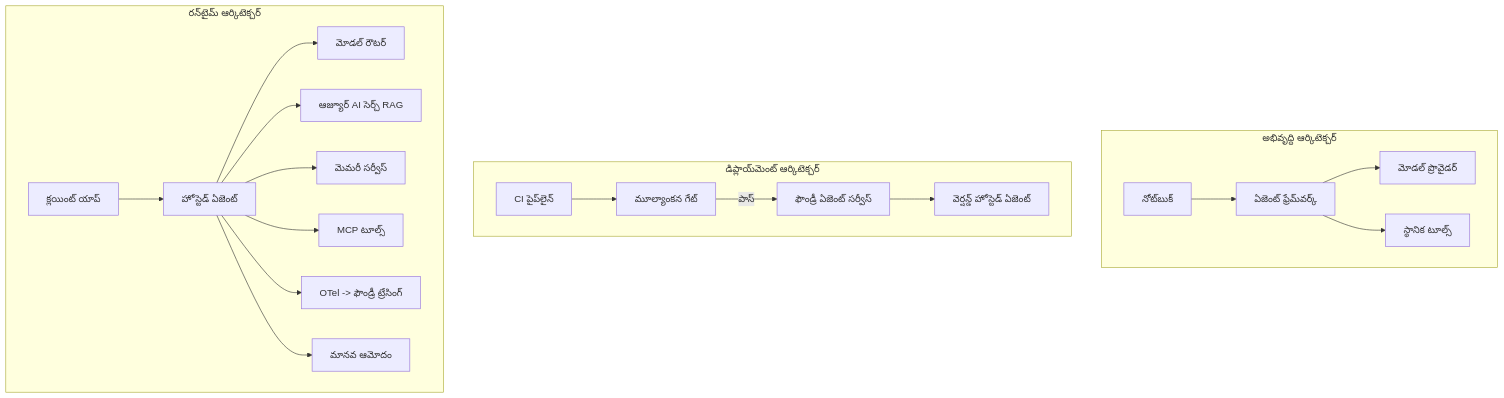
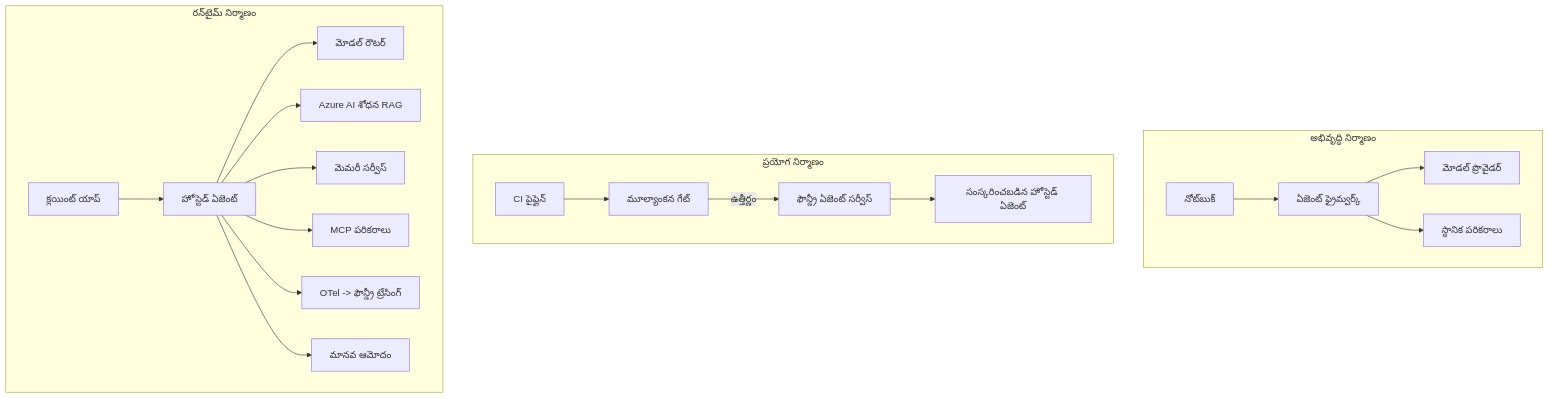
Before and after one commit to gabrielmoreira/agent-skills-mirror: the fourth of 4 diagrams in mirrors/repos/microsoft@ai-agents-for-beginners/translations/te/16-deploying-scalable-agents/README.md, drawn with Mermaid. The commit also changed other lines of this file and 3581 other files, not shown here.

````diff
--- a/mirrors/repos/microsoft@ai-agents-for-beginners/translations/te/16-deploying-scalable-agents/README.md
+++ b/mirrors/repos/microsoft@ai-agents-for-beginners/translations/te/16-deploying-scalable-agents/README.md
@@ -185,22 +185,22 @@
 ```mermaid
 flowchart TB
-    subgraph Dev[అభివృద్ధి ఆర్కిటెక్చర్]
-        D1[నోట్‌బుక్] --> D2[ఏజెంట్ ఫ్రేమ్‌వర్క్]
+    subgraph Dev[అభివృద్ధి నిర్మాణం]
+        D1[నోట్‌బుక్] --> D2[ఏజెంట్ ఫ్రైమ్వర్క్]
         D2 --> D3[మోడల్ ప్రొవైడర్]
-        D2 --> D4[స్థానిక టూల్స్]
+        D2 --> D4[స్థానిక పరికరాలు]
     end
-    subgraph Deploy[డిప్లాయ్‌మెంట్ ఆర్కిటెక్చర్]
-        E1[CI పైప్‌లైన్] --> E2[మూల్యాంకన గేట్]
-        E2 -->|పాస్| E3[ఫౌండ్రీ ఏజెంట్ సర్వీస్]
-        E3 --> E4[వెర్షన్డ్ హోస్టెడ్ ఏజెంట్]
+    subgraph Deploy[ప్రయోగ నిర్మాణం]
+        E1[CI పైప్లైన్] --> E2[మూల్యాంకన గేట్]
+        E2 -->|ఉత్తీర్ణం| E3[ఫౌన్డ్రీ ఏజెంట్ సర్వీస్]
+        E3 --> E4[సంస్కరించబడిన హోస్టెడ్ ఏజెంట్]
     end
-    subgraph Run[రన్‌టైమ్ ఆర్కిటెక్చర్]
+    subgraph Run[రన్‌టైమ్ నిర్మాణం]
         F1[క్లయింట్ యాప్] --> F2[హోస్టెడ్ ఏజెంట్]
         F2 --> F3[మోడల్ రౌటర్]
-        F2 --> F4[ఆజ్యూర్ AI సెర్చ్ RAG]
+        F2 --> F4[Azure AI శోధన RAG]
         F2 --> F5[మెమరీ సర్వీస్]
-        F2 --> F6[MCP టూల్స్]
-        F2 --> F7[OTel -> ఫౌండ్రీ ట్రేసింగ్]
+        F2 --> F6[MCP పరికరాలు]
+        F2 --> F7[OTel -> ఫౌన్డ్రీ ట్రేసింగ్]
         F2 --> F8[మానవ ఆమోదం]
     end
 ```
````
